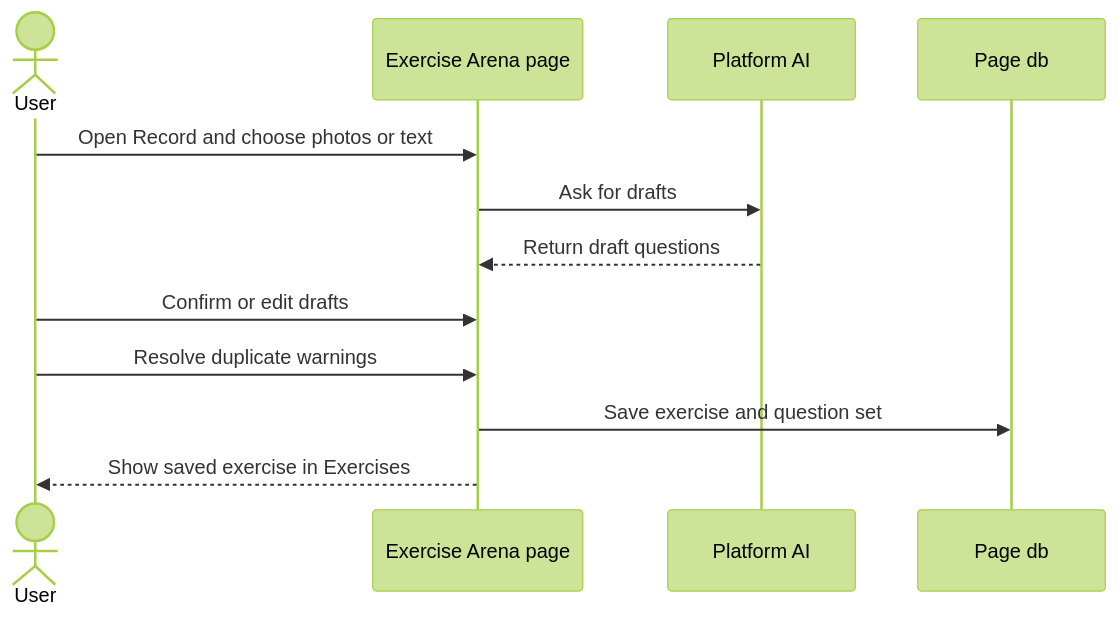
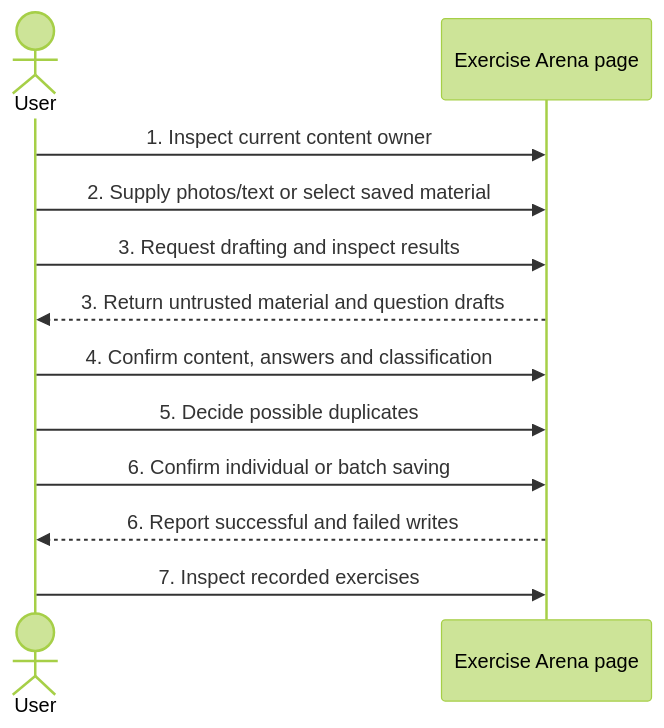
Before and after one commit to lengthlong/exercise_arena: the diagram in journey/user/0001-record-a-wrong-exercise.md, drawn with Mermaid (forest theme). The commit also changed other lines of this file and 27 other files, not shown here.

````diff
--- a/journey/user/0001-record-a-wrong-exercise.md
+++ b/journey/user/0001-record-a-wrong-exercise.md
@@ -8,14 +9,14 @@
 ```mermaid
 sequenceDiagram
     actor U as User
     participant P as Exercise Arena page
-    participant A as Platform AI
-    participant D as Page db
-    U->>P: Open Record and choose photos or text
-    P->>A: Ask for drafts
-    A-->>P: Return draft questions
-    U->>P: Confirm or edit drafts
-    U->>P: Resolve duplicate warnings
-    P->>D: Save exercise and question set
-    P-->>U: Show saved exercise in Exercises
+    U->>P: 1. Inspect current content owner
+    U->>P: 2. Supply photos/text or select saved material
+    U->>P: 3. Request drafting and inspect results
+    P-->>U: 3. Return untrusted material and question drafts
+    U->>P: 4. Confirm content, answers and classification
+    U->>P: 5. Decide possible duplicates
+    U->>P: 6. Confirm individual or batch saving
+    P-->>U: 6. Report successful and failed writes
+    U->>P: 7. Inspect recorded exercises
 ```
````
